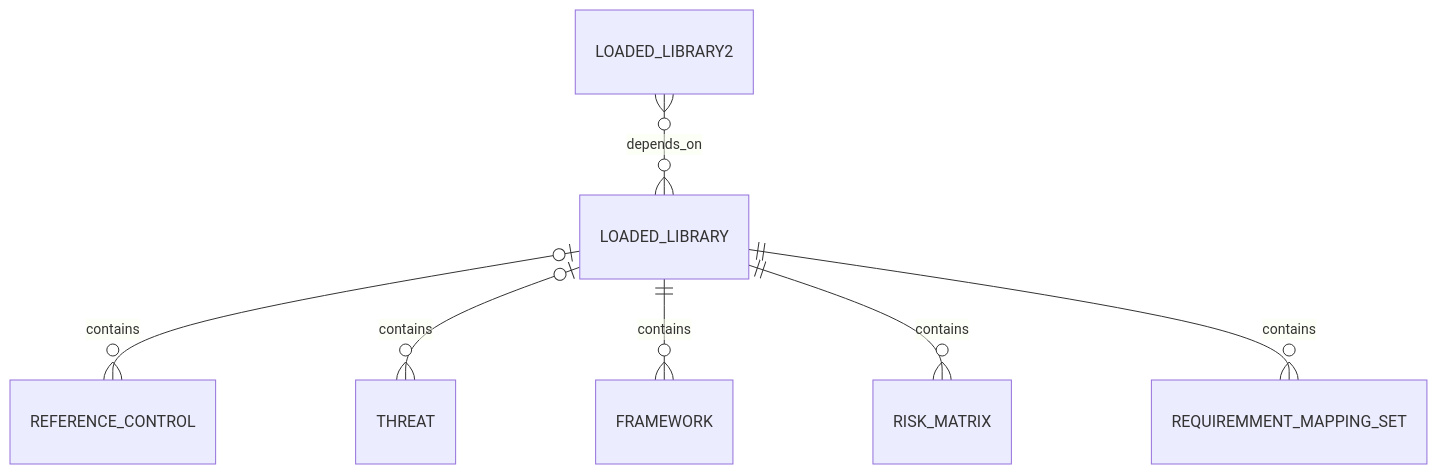
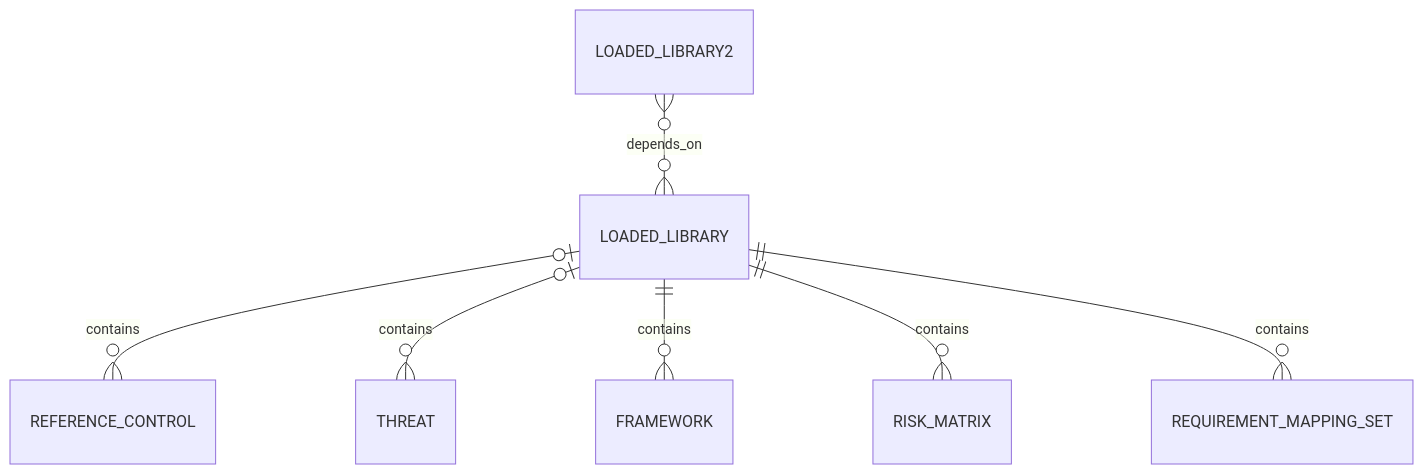
The third of 13 diagrams in documentation/architecture/data-model.md (intuitem/ciso-assistant-community), drawn with Mermaid before and after one commit. The commit also changed 1 other file, not shown here.

Commit message:
Handle multiple requirement mapping sets in libraries

````diff
--- a/documentation/architecture/data-model.md
+++ b/documentation/architecture/data-model.md
@@ -88,11 +88,11 @@
 ```mermaid
 erDiagram
 
     LOADED_LIBRARY      |o--o{ REFERENCE_CONTROL        : contains
     LOADED_LIBRARY      |o--o{ THREAT                   : contains
     LOADED_LIBRARY      ||--o{ FRAMEWORK                : contains
     LOADED_LIBRARY      ||--o{ RISK_MATRIX              : contains
-    LOADED_LIBRARY      ||--o{ REQUIREMMENT_MAPPING_SET : contains
+    LOADED_LIBRARY      ||--o{ REQUIREMENT_MAPPING_SET : contains
     LOADED_LIBRARY2     }o--o{ LOADED_LIBRARY           : depends_on
 
 ```
````
